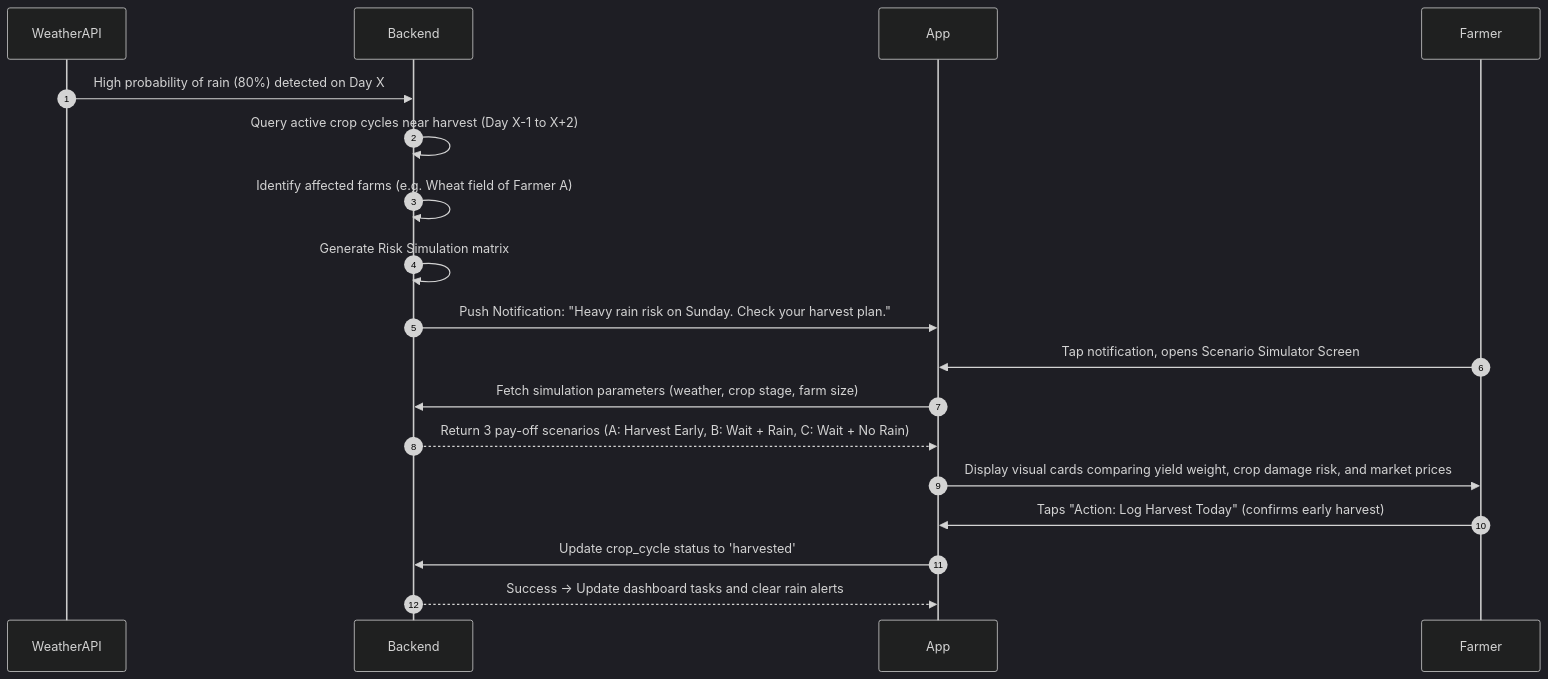
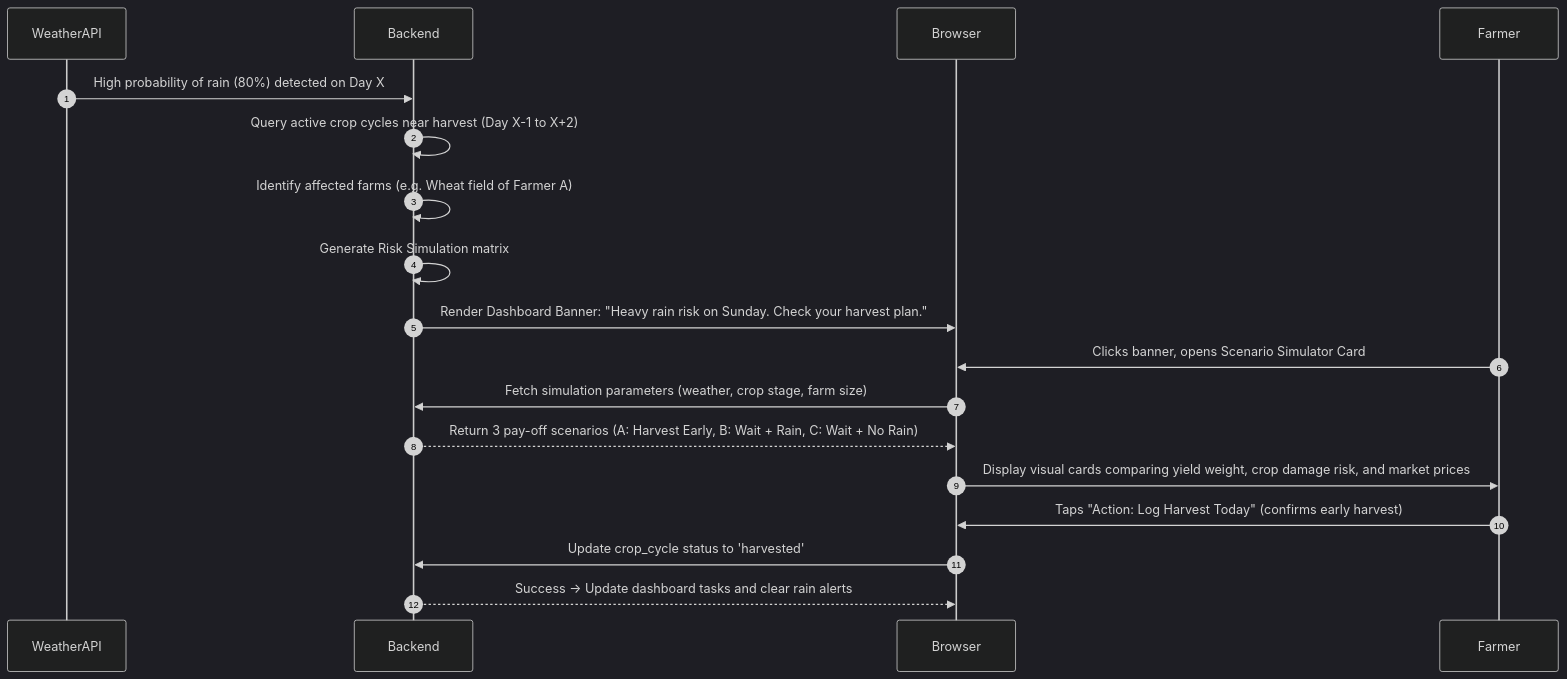
Before and after one commit to priyanshu7739410/Kisaan-Sathi: the fourth of 4 diagrams in docs/product/user-flows.md, drawn with Mermaid (dark theme). The commit also changed other lines of this file and 1992 other files, not shown here.

````diff
--- a/docs/product/user-flows.md
+++ b/docs/product/user-flows.md
@@ -68,16 +68,16 @@
 ```mermaid
 sequenceDiagram
     autonumber
     WeatherAPI->>Backend: High probability of rain (80%) detected on Day X
     Backend->>Backend: Query active crop cycles near harvest (Day X-1 to X+2)
     Backend->>Backend: Identify affected farms (e.g. Wheat field of Farmer A)
     Backend->>Backend: Generate Risk Simulation matrix
-    Backend->>App: Push Notification: "Heavy rain risk on Sunday. Check your harvest plan."
-    Farmer->>App: Tap notification, opens Scenario Simulator Screen
-    App->>Backend: Fetch simulation parameters (weather, crop stage, farm size)
-    Backend-->>App: Return 3 pay-off scenarios (A: Harvest Early, B: Wait + Rain, C: Wait + No Rain)
-    App->>Farmer: Display visual cards comparing yield weight, crop damage risk, and market prices
-    Farmer->>App: Taps "Action: Log Harvest Today" (confirms early harvest)
-    App->>Backend: Update crop_cycle status to 'harvested'
-    Backend-->>App: Success -> Update dashboard tasks and clear rain alerts
+    Backend->>Browser: Render Dashboard Banner: "Heavy rain risk on Sunday. Check your harvest plan."
+    Farmer->>Browser: Clicks banner, opens Scenario Simulator Card
+    Browser->>Backend: Fetch simulation parameters (weather, crop stage, farm size)
+    Backend-->>Browser: Return 3 pay-off scenarios (A: Harvest Early, B: Wait + Rain, C: Wait + No Rain)
+    Browser->>Farmer: Display visual cards comparing yield weight, crop damage risk, and market prices
+    Farmer->>Browser: Taps "Action: Log Harvest Today" (confirms early harvest)
+    Browser->>Backend: Update crop_cycle status to 'harvested'
+    Backend-->>Browser: Success -> Update dashboard tasks and clear rain alerts
 ```
````
